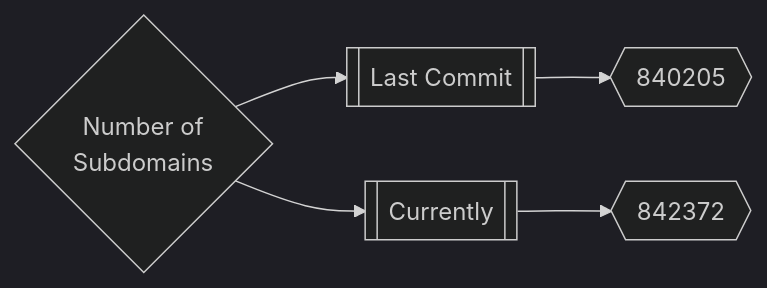
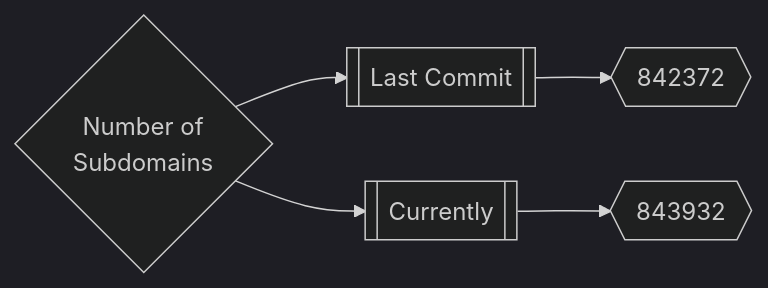
The first of 3 diagrams in README.md (trickest/inventory), drawn with Mermaid (dark theme) before and after one commit. The commit also changed other lines of this file, not shown here.

Commit message:
Update README.md Tue May 31 14:20:38 UTC 2022

````diff
--- a/README.md
+++ b/README.md
@@ -165,5 +165,5 @@
 ```mermaid
 graph LR
-title{Number of<br>Subdomains} --> subdomainsDate1[[Last Commit]] --> subdomainsNum1{{840205}}
-title --> subdomainsDate2[[Currently]] --> subdomainsNum2{{842372}}
+title{Number of<br>Subdomains} --> subdomainsDate1[[Last Commit]] --> subdomainsNum1{{842372}}
+title --> subdomainsDate2[[Currently]] --> subdomainsNum2{{843932}}
 ```
````
